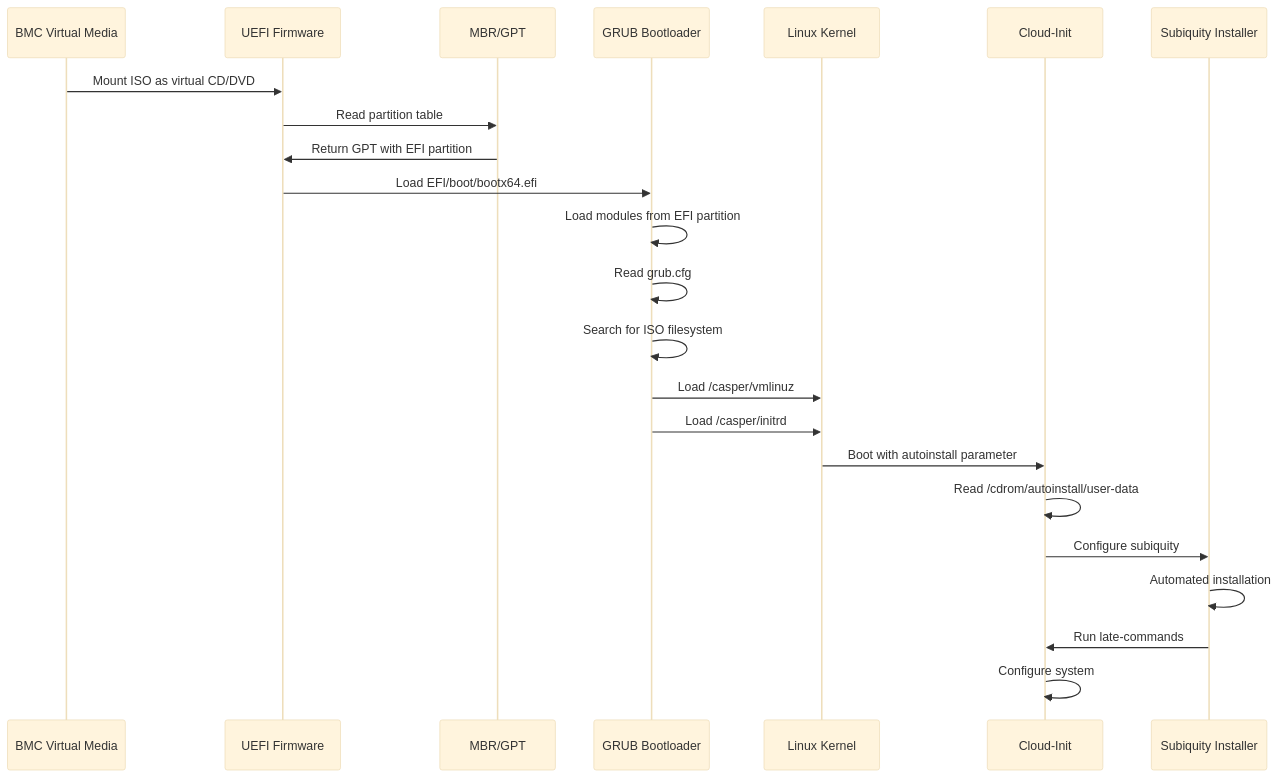
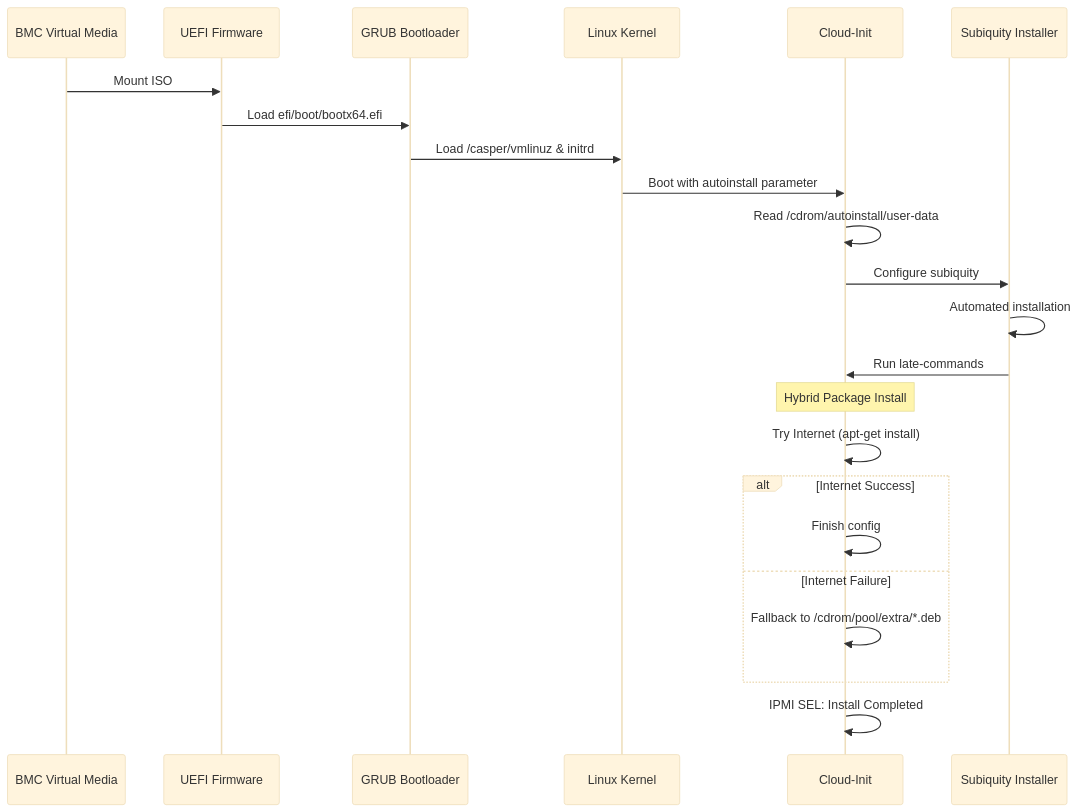
Before and after one commit to cyril1974/os_auto_deployment: the second of 3 diagrams in autoinstall/doc/01_architecture.md, drawn with Mermaid (base theme). The commit also changed other lines of this file and 6 other files, not shown here.

````diff
--- a/autoinstall/doc/01_architecture.md
+++ b/autoinstall/doc/01_architecture.md
@@ -73,26 +75,26 @@
 ```mermaid
 sequenceDiagram
     participant BMC as BMC Virtual Media
     participant UEFI as UEFI Firmware
-    participant MBR as MBR/GPT
     participant GRUB as GRUB Bootloader
     participant Kernel as Linux Kernel
     participant CloudInit as Cloud-Init
     participant Installer as Subiquity Installer
 
-    BMC->>UEFI: Mount ISO as virtual CD/DVD
-    UEFI->>MBR: Read partition table
-    MBR->>UEFI: Return GPT with EFI partition
-    UEFI->>GRUB: Load EFI/boot/bootx64.efi
-    GRUB->>GRUB: Load modules from EFI partition
-    GRUB->>GRUB: Read grub.cfg
-    GRUB->>GRUB: Search for ISO filesystem
-    GRUB->>Kernel: Load /casper/vmlinuz
-    GRUB->>Kernel: Load /casper/initrd
+    BMC->>UEFI: Mount ISO
+    UEFI->>GRUB: Load efi/boot/bootx64.efi
+    GRUB->>Kernel: Load /casper/vmlinuz & initrd
     Kernel->>CloudInit: Boot with autoinstall parameter
     CloudInit->>CloudInit: Read /cdrom/autoinstall/user-data
     CloudInit->>Installer: Configure subiquity
     Installer->>Installer: Automated installation
     Installer->>CloudInit: Run late-commands
-    CloudInit->>CloudInit: Configure system
+    Note over CloudInit: Hybrid Package Install
+    CloudInit->>CloudInit: Try Internet (apt-get install)
+    alt Internet Success
+        CloudInit->>CloudInit: Finish config
+    else Internet Failure
+        CloudInit->>CloudInit: Fallback to /cdrom/pool/extra/*.deb
+    end
+    CloudInit->>CloudInit: IPMI SEL: Install Completed
 ```
````
